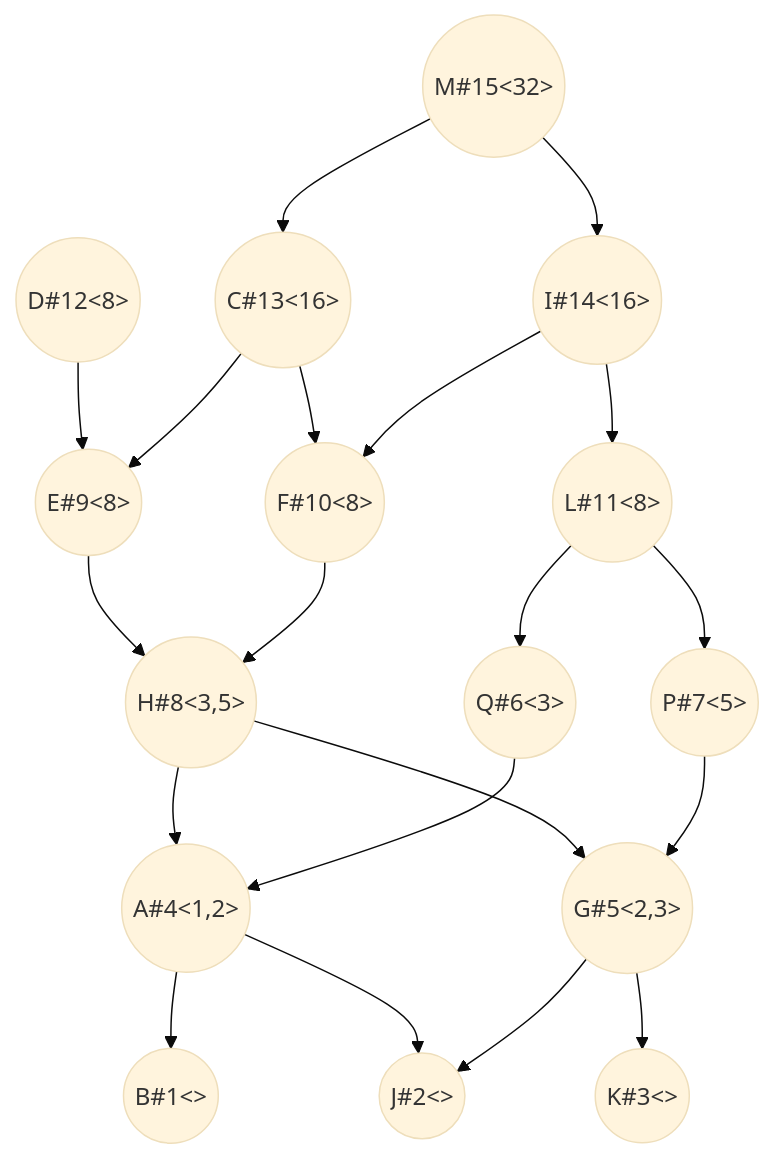
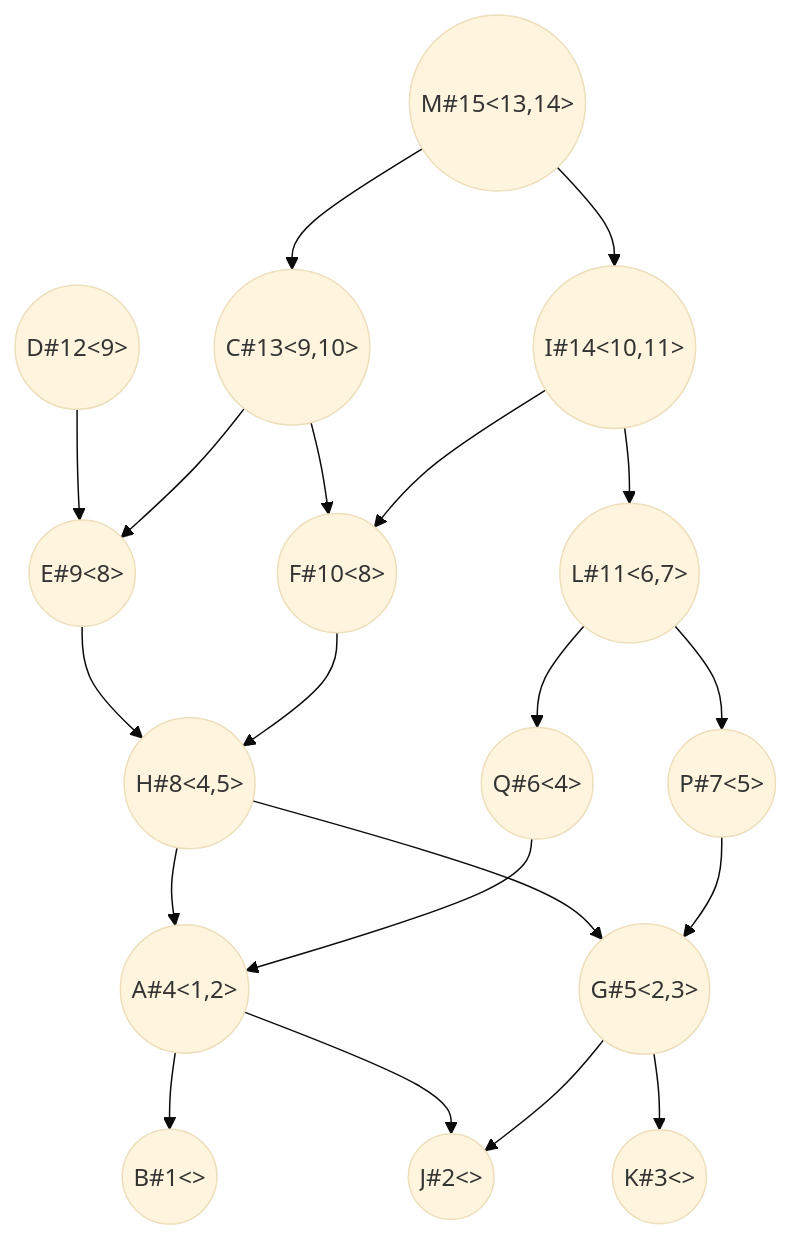
Before and after one commit to HSE-algo-23-crow/manual_tasks: the second of 3 diagrams in task_9/gigacode_task_9.md, drawn with Mermaid (base theme).

````diff
--- a/task_9/gigacode_task_9.md
+++ b/task_9/gigacode_task_9.md
@@ -62,22 +62,22 @@
 ```mermaid
 graph TB
 A((A#4<1,2>))-->B((B#1<>))
 A-->J
-D((D#12<8>))-->E((E#9<8>))
-C((C#13<16>))-->E
+D((D#12<9>))-->E((E#9<8>))
+C((C#13<9,10>))-->E
 C-->F((F#10<8>))
 I-->F
-E-->H((H#8<3,5>))
+E-->H((H#8<4,5>))
 F-->H
 G((G#5<2,3>))-->J((J#2<>))
 G-->K((K#3<>))
 H-->A
 H-->G
-I-->L((L#11<8>))
+I-->L((L#11<6,7>))
 L-->Q
-M((M#15<32>))-->C
-M-->I((I#14<16>))
+M((M#15<13,14>))-->C
+M-->I((I#14<10,11>))
 P((P#7<5>))-->G
 L-->P
-Q((Q#6<3>))-->A
+Q((Q#6<4>))-->A
 ```
````
